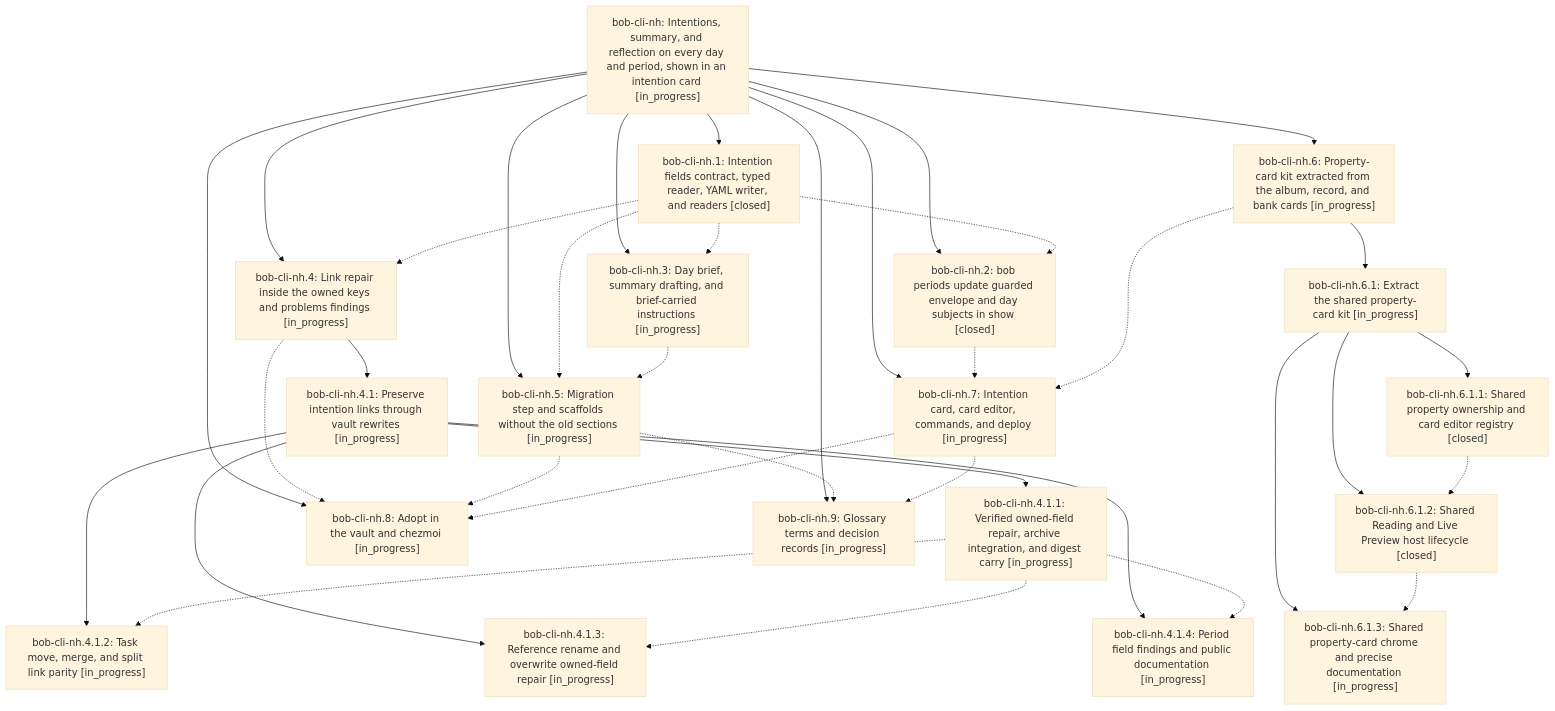
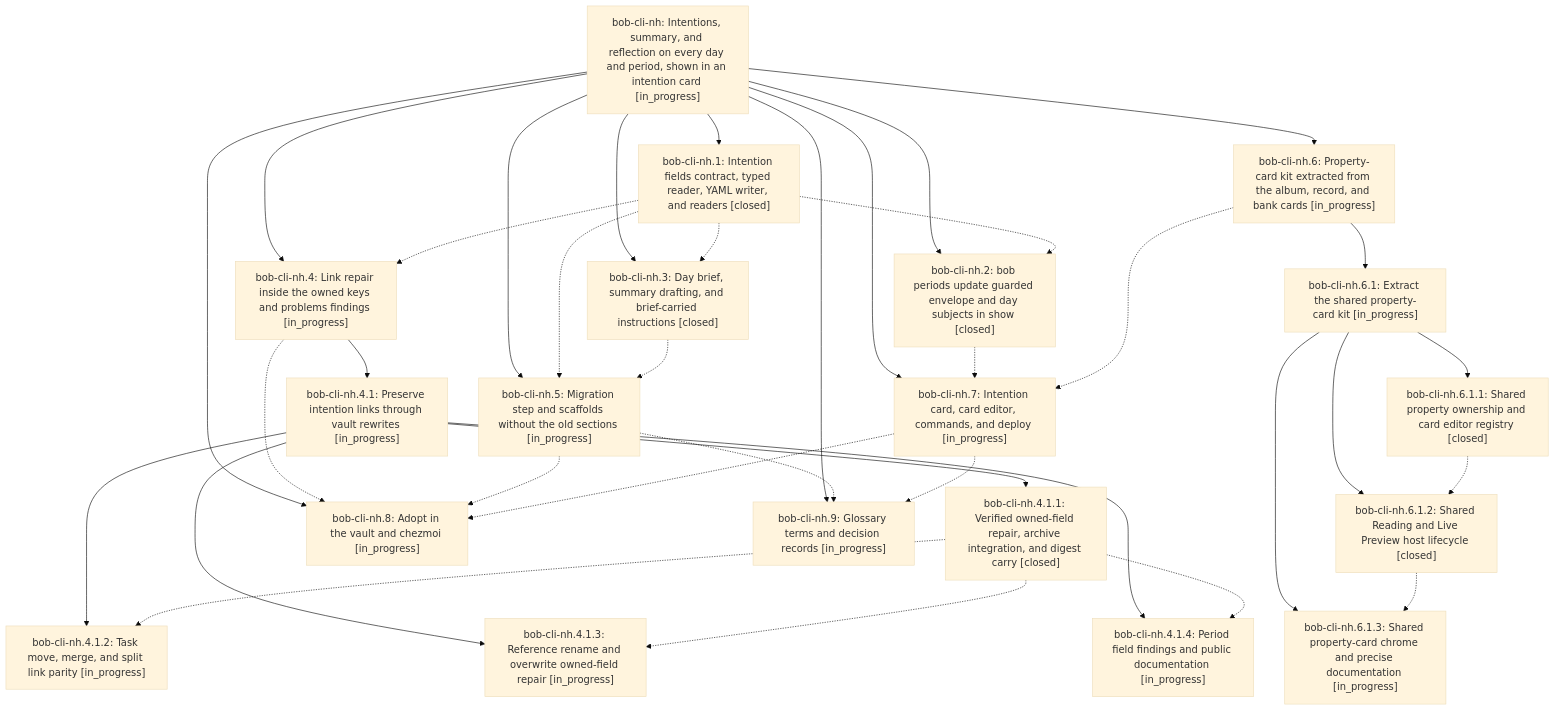
The diagram in pages/bob-cli-nh/README.md (bobs-org/bob-cli--beads), drawn with Mermaid (base theme) before and after one commit. The commit also changed other lines of this file and 8 other files, not shown here.

First line of the commit message:
chore(beads): sync bead state and pages for bob-cli-nh

````diff
--- a/pages/bob-cli-nh/README.md
+++ b/pages/bob-cli-nh/README.md
@@ -58,57 +58,57 @@
 ```mermaid
 flowchart TD
     n0["bob-cli-nh: Intentions, summary, and reflection on every day and period, shown in an intention card [in_progress]"]
     n1["bob-cli-nh.1: Intention fields contract, typed reader, YAML writer, and readers [closed]"]
     n2["bob-cli-nh.2: bob periods update guarded envelope and day subjects in show [closed]"]
-    n3["bob-cli-nh.3: Day brief, summary drafting, and brief-carried instructions [in_progress]"]
+    n3["bob-cli-nh.3: Day brief, summary drafting, and brief-carried instructions [closed]"]
     n4["bob-cli-nh.4: Link repair inside the owned keys and problems findings [in_progress]"]
     n5["bob-cli-nh.4.1: Preserve intention links through vault rewrites [in_progress]"]
-    n6["bob-cli-nh.4.1.1: Verified owned-field repair, archive integration, and digest carry [in_progress]"]
+    n6["bob-cli-nh.4.1.1: Verified owned-field repair, archive integration, and digest carry [closed]"]
     n7["bob-cli-nh.4.1.2: Task move, merge, and split link parity [in_progress]"]
     n8["bob-cli-nh.4.1.3: Reference rename and overwrite owned-field repair [in_progress]"]
     n9["bob-cli-nh.4.1.4: Period field findings and public documentation [in_progress]"]
     n10["bob-cli-nh.5: Migration step and scaffolds without the old sections [in_progress]"]
     n11["bob-cli-nh.6: Property-card kit extracted from the album, record, and bank cards [in_progress]"]
     n12["bob-cli-nh.6.1: Extract the shared property-card kit [in_progress]"]
     n13["bob-cli-nh.6.1.1: Shared property ownership and card editor registry [closed]"]
     n14["bob-cli-nh.6.1.2: Shared Reading and Live Preview host lifecycle [closed]"]
     n15["bob-cli-nh.6.1.3: Shared property-card chrome and precise documentation [in_progress]"]
     n16["bob-cli-nh.7: Intention card, card editor, commands, and deploy [in_progress]"]
     n17["bob-cli-nh.8: Adopt in the vault and chezmoi [in_progress]"]
     n18["bob-cli-nh.9: Glossary terms and decision records [in_progress]"]
     n0 --> n1
     n0 --> n2
     n0 --> n3
     n0 --> n4
     n4 --> n5
     n5 --> n6
     n5 --> n7
     n5 --> n8
     n5 --> n9
     n0 --> n10
     n0 --> n11
     n11 --> n12
     n12 --> n13
     n12 --> n14
     n12 --> n15
     n0 --> n16
     n0 --> n17
     n0 --> n18
     n1 -.-> n2
     n1 -.-> n3
     n1 -.-> n4
     n1 -.-> n10
     n2 -.-> n16
     n3 -.-> n10
     n4 -.-> n17
     n6 -.-> n7
     n6 -.-> n8
     n6 -.-> n9
     n10 -.-> n17
     n10 -.-> n18
     n11 -.-> n16
     n13 -.-> n14
     n14 -.-> n15
     n16 -.-> n17
     n16 -.-> n18
 ```
````
